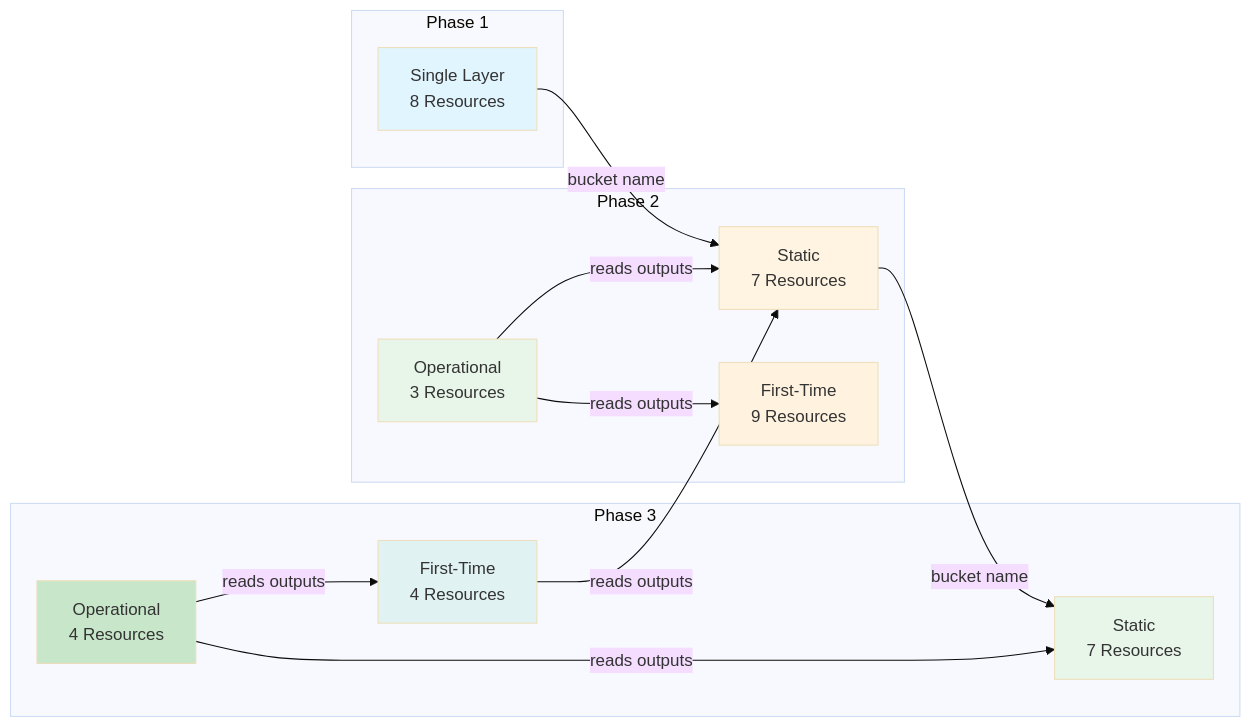
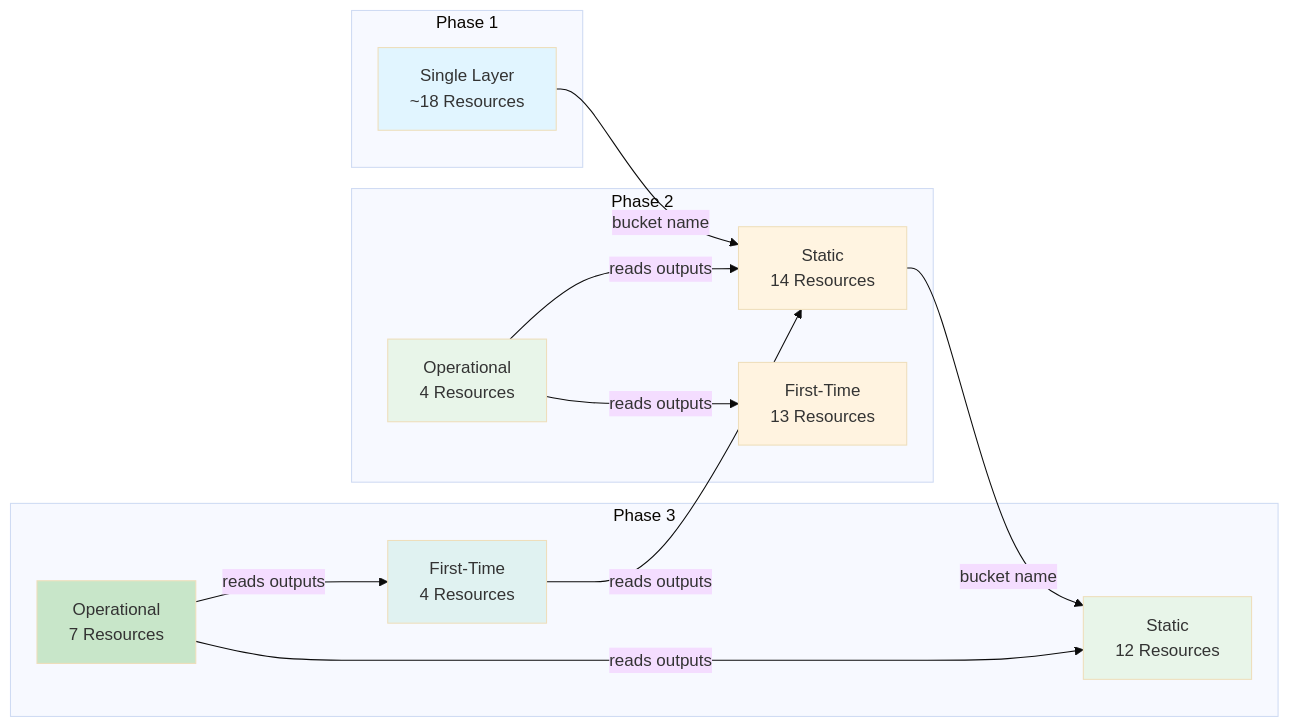
One commit to prateekpanjla-outlook/gcp_data_proc changed the fourth of 14 diagrams in docs/DEPLOYMENT_VISUAL_GUIDE.md. Above: the diagram before and after it, drawn with Mermaid (base theme). The commit also changed other lines of this file and 26 other files, not shown here.

````diff
--- a/docs/DEPLOYMENT_VISUAL_GUIDE.md
+++ b/docs/DEPLOYMENT_VISUAL_GUIDE.md
@@ -166,35 +166,35 @@
 ```mermaid
 graph LR
     subgraph "Phase 1"
-        P1["Single Layer<br>8 Resources"]
+        P1["Single Layer<br>~18 Resources"]
     end
 
     subgraph "Phase 2"
-        P2S["Static<br>7 Resources"]
-        P2F["First-Time<br>9 Resources"]
-        P2O["Operational<br>3 Resources"]
+        P2S["Static<br>14 Resources"]
+        P2F["First-Time<br>13 Resources"]
+        P2O["Operational<br>4 Resources"]
     end
 
     subgraph "Phase 3"
-        P3S["Static<br>7 Resources"]
+        P3S["Static<br>12 Resources"]
         P3F["First-Time<br>4 Resources"]
-        P3O["Operational<br>4 Resources"]
+        P3O["Operational<br>7 Resources"]
     end
 
     P1 -->|bucket name| P2S
     P2O -->|reads outputs| P2S
     P2O -->|reads outputs| P2F
 
     P2S -->|bucket name| P3S
     P3F -->|reads outputs| P2S
     P3O -->|reads outputs| P3S
     P3O -->|reads outputs| P3F
 
     style P1 fill:#e1f5ff
     style P2S fill:#fff4e1
     style P2F fill:#fff3e0
     style P2O fill:#e8f5e9
     style P3S fill:#e8f5e9
     style P3F fill:#e0f2f1
     style P3O fill:#c8e6c9
 ```
````
